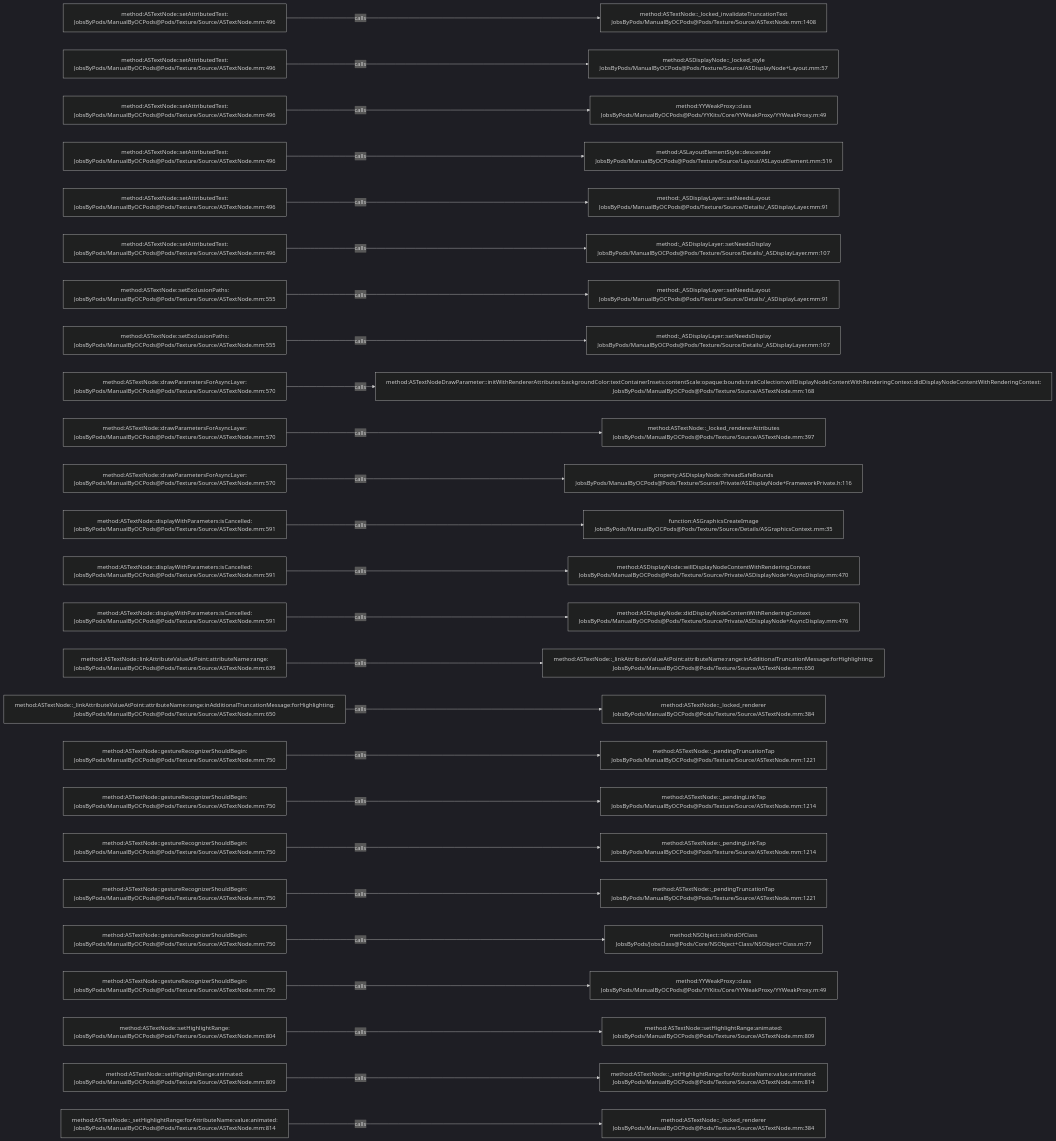
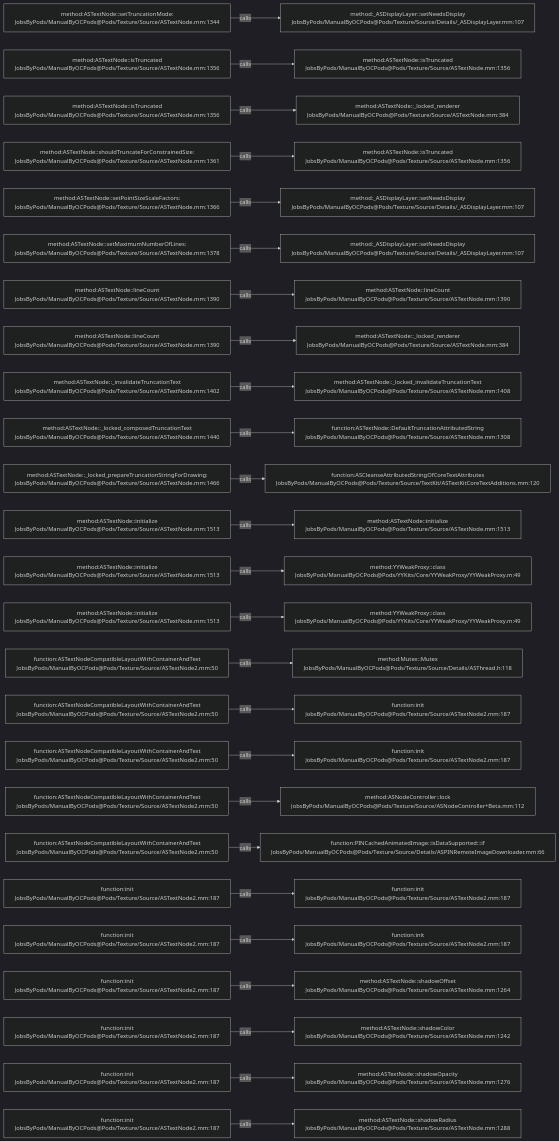
Before and after one commit to JobsKits/JobsOCBaseConfigDemo: the diagram in .codegraph/codegraph.md/graphs/calls-136.md, drawn with Mermaid (dark theme). The commit also changed 1353 other files, not shown here.

````diff
--- a/.codegraph/codegraph.md/graphs/calls-136.md
+++ b/.codegraph/codegraph.md/graphs/calls-136.md
@@ -13,78 +13,78 @@
 ```mermaid
 flowchart LR
-  S1["method:ASTextNode::setAttributedText:<br/>JobsByPods/ManualByOCPods@Pods/Texture/Source/ASTextNode.mm:496"]
-  T1["method:ASTextNode::_locked_invalidateTruncationText<br/>JobsByPods/ManualByOCPods@Pods/Texture/Source/ASTextNode.mm:1408"]
+  S1["method:ASTextNode::setTruncationMode:<br/>JobsByPods/ManualByOCPods@Pods/Texture/Source/ASTextNode.mm:1344"]
+  T1["method:_ASDisplayLayer::setNeedsDisplay<br/>JobsByPods/ManualByOCPods@Pods/Texture/Source/Details/_ASDisplayLayer.mm:107"]
   S1 -->|calls| T1
-  S2["method:ASTextNode::setAttributedText:<br/>JobsByPods/ManualByOCPods@Pods/Texture/Source/ASTextNode.mm:496"]
-  T2["method:ASDisplayNode::_locked_style<br/>JobsByPods/ManualByOCPods@Pods/Texture/Source/ASDisplayNode+Layout.mm:57"]
+  S2["method:ASTextNode::isTruncated<br/>JobsByPods/ManualByOCPods@Pods/Texture/Source/ASTextNode.mm:1356"]
+  T2["method:ASTextNode::isTruncated<br/>JobsByPods/ManualByOCPods@Pods/Texture/Source/ASTextNode.mm:1356"]
   S2 -->|calls| T2
-  S3["method:ASTextNode::setAttributedText:<br/>JobsByPods/ManualByOCPods@Pods/Texture/Source/ASTextNode.mm:496"]
-  T3["method:YYWeakProxy::class<br/>JobsByPods/ManualByOCPods@Pods/YYKits/Core/YYWeakProxy/YYWeakProxy.m:49"]
+  S3["method:ASTextNode::isTruncated<br/>JobsByPods/ManualByOCPods@Pods/Texture/Source/ASTextNode.mm:1356"]
+  T3["method:ASTextNode::_locked_renderer<br/>JobsByPods/ManualByOCPods@Pods/Texture/Source/ASTextNode.mm:384"]
   S3 -->|calls| T3
-  S4["method:ASTextNode::setAttributedText:<br/>JobsByPods/ManualByOCPods@Pods/Texture/Source/ASTextNode.mm:496"]
-  T4["method:ASLayoutElementStyle::descender<br/>JobsByPods/ManualByOCPods@Pods/Texture/Source/Layout/ASLayoutElement.mm:519"]
+  S4["method:ASTextNode::shouldTruncateForConstrainedSize:<br/>JobsByPods/ManualByOCPods@Pods/Texture/Source/ASTextNode.mm:1361"]
+  T4["method:ASTextNode::isTruncated<br/>JobsByPods/ManualByOCPods@Pods/Texture/Source/ASTextNode.mm:1356"]
   S4 -->|calls| T4
-  S5["method:ASTextNode::setAttributedText:<br/>JobsByPods/ManualByOCPods@Pods/Texture/Source/ASTextNode.mm:496"]
-  T5["method:_ASDisplayLayer::setNeedsLayout<br/>JobsByPods/ManualByOCPods@Pods/Texture/Source/Details/_ASDisplayLayer.mm:91"]
+  S5["method:ASTextNode::setPointSizeScaleFactors:<br/>JobsByPods/ManualByOCPods@Pods/Texture/Source/ASTextNode.mm:1366"]
+  T5["method:_ASDisplayLayer::setNeedsDisplay<br/>JobsByPods/ManualByOCPods@Pods/Texture/Source/Details/_ASDisplayLayer.mm:107"]
   S5 -->|calls| T5
-  S6["method:ASTextNode::setAttributedText:<br/>JobsByPods/ManualByOCPods@Pods/Texture/Source/ASTextNode.mm:496"]
+  S6["method:ASTextNode::setMaximumNumberOfLines:<br/>JobsByPods/ManualByOCPods@Pods/Texture/Source/ASTextNode.mm:1378"]
   T6["method:_ASDisplayLayer::setNeedsDisplay<br/>JobsByPods/ManualByOCPods@Pods/Texture/Source/Details/_ASDisplayLayer.mm:107"]
   S6 -->|calls| T6
-  S7["method:ASTextNode::setExclusionPaths:<br/>JobsByPods/ManualByOCPods@Pods/Texture/Source/ASTextNode.mm:555"]
-  T7["method:_ASDisplayLayer::setNeedsLayout<br/>JobsByPods/ManualByOCPods@Pods/Texture/Source/Details/_ASDisplayLayer.mm:91"]
+  S7["method:ASTextNode::lineCount<br/>JobsByPods/ManualByOCPods@Pods/Texture/Source/ASTextNode.mm:1390"]
+  T7["method:ASTextNode::lineCount<br/>JobsByPods/ManualByOCPods@Pods/Texture/Source/ASTextNode.mm:1390"]
   S7 -->|calls| T7
-  S8["method:ASTextNode::setExclusionPaths:<br/>JobsByPods/ManualByOCPods@Pods/Texture/Source/ASTextNode.mm:555"]
-  T8["method:_ASDisplayLayer::setNeedsDisplay<br/>JobsByPods/ManualByOCPods@Pods/Texture/Source/Details/_ASDisplayLayer.mm:107"]
+  S8["method:ASTextNode::lineCount<br/>JobsByPods/ManualByOCPods@Pods/Texture/Source/ASTextNode.mm:1390"]
+  T8["method:ASTextNode::_locked_renderer<br/>JobsByPods/ManualByOCPods@Pods/Texture/Source/ASTextNode.mm:384"]
   S8 -->|calls| T8
-  S9["method:ASTextNode::drawParametersForAsyncLayer:<br/>JobsByPods/ManualByOCPods@Pods/Texture/Source/ASTextNode.mm:570"]
-  T9["method:ASTextNodeDrawParameter::initWithRendererAttributes:backgroundColor:textContainerInsets:contentScale:opaque:bounds:traitCollection:willDisplayNodeContentWithRenderingContext:didDisplayNodeContentWithRenderingContext:<br/>JobsByPods/ManualByOCPods@Pods/Texture/Source/ASTextNode.mm:168"]
+  S9["method:ASTextNode::_invalidateTruncationText<br/>JobsByPods/ManualByOCPods@Pods/Texture/Source/ASTextNode.mm:1402"]
+  T9["method:ASTextNode::_locked_invalidateTruncationText<br/>JobsByPods/ManualByOCPods@Pods/Texture/Source/ASTextNode.mm:1408"]
   S9 -->|calls| T9
-  S10["method:ASTextNode::drawParametersForAsyncLayer:<br/>JobsByPods/ManualByOCPods@Pods/Texture/Source/ASTextNode.mm:570"]
-  T10["method:ASTextNode::_locked_rendererAttributes<br/>JobsByPods/ManualByOCPods@Pods/Texture/Source/ASTextNode.mm:397"]
+  S10["method:ASTextNode::_locked_composedTruncationText<br/>JobsByPods/ManualByOCPods@Pods/Texture/Source/ASTextNode.mm:1440"]
+  T10["function:ASTextNode::DefaultTruncationAttributedString<br/>JobsByPods/ManualByOCPods@Pods/Texture/Source/ASTextNode.mm:1308"]
   S10 -->|calls| T10
-  S11["method:ASTextNode::drawParametersForAsyncLayer:<br/>JobsByPods/ManualByOCPods@Pods/Texture/Source/ASTextNode.mm:570"]
-  T11["property:ASDisplayNode::threadSafeBounds<br/>JobsByPods/ManualByOCPods@Pods/Texture/Source/Private/ASDisplayNode+FrameworkPrivate.h:116"]
+  S11["method:ASTextNode::_locked_prepareTruncationStringForDrawing:<br/>JobsByPods/ManualByOCPods@Pods/Texture/Source/ASTextNode.mm:1466"]
+  T11["function:ASCleanseAttributedStringOfCoreTextAttributes<br/>JobsByPods/ManualByOCPods@Pods/Texture/Source/TextKit/ASTextKitCoreTextAdditions.mm:120"]
   S11 -->|calls| T11
-  S12["method:ASTextNode::displayWithParameters:isCancelled:<br/>JobsByPods/ManualByOCPods@Pods/Texture/Source/ASTextNode.mm:591"]
-  T12["function:ASGraphicsCreateImage<br/>JobsByPods/ManualByOCPods@Pods/Texture/Source/Details/ASGraphicsContext.mm:35"]
+  S12["method:ASTextNode::initialize<br/>JobsByPods/ManualByOCPods@Pods/Texture/Source/ASTextNode.mm:1513"]
+  T12["method:ASTextNode::initialize<br/>JobsByPods/ManualByOCPods@Pods/Texture/Source/ASTextNode.mm:1513"]
   S12 -->|calls| T12
-  S13["method:ASTextNode::displayWithParameters:isCancelled:<br/>JobsByPods/ManualByOCPods@Pods/Texture/Source/ASTextNode.mm:591"]
-  T13["method:ASDisplayNode::willDisplayNodeContentWithRenderingContext<br/>JobsByPods/ManualByOCPods@Pods/Texture/Source/Private/ASDisplayNode+AsyncDisplay.mm:470"]
+  S13["method:ASTextNode::initialize<br/>JobsByPods/ManualByOCPods@Pods/Texture/Source/ASTextNode.mm:1513"]
+  T13["method:YYWeakProxy::class<br/>JobsByPods/ManualByOCPods@Pods/YYKits/Core/YYWeakProxy/YYWeakProxy.m:49"]
   S13 -->|calls| T13
-  S14["method:ASTextNode::displayWithParameters:isCancelled:<br/>JobsByPods/ManualByOCPods@Pods/Texture/Source/ASTextNode.mm:591"]
-  T14["method:ASDisplayNode::didDisplayNodeContentWithRenderingContext<br/>JobsByPods/ManualByOCPods@Pods/Texture/Source/Private/ASDisplayNode+AsyncDisplay.mm:476"]
+  S14["method:ASTextNode::initialize<br/>JobsByPods/ManualByOCPods@Pods/Texture/Source/ASTextNode.mm:1513"]
+  T14["method:YYWeakProxy::class<br/>JobsByPods/ManualByOCPods@Pods/YYKits/Core/YYWeakProxy/YYWeakProxy.m:49"]
   S14 -->|calls| T14
-  S15["method:ASTextNode::linkAttributeValueAtPoint:attributeName:range:<br/>JobsByPods/ManualByOCPods@Pods/Texture/Source/ASTextNode.mm:639"]
-  T15["method:ASTextNode::_linkAttributeValueAtPoint:attributeName:range:inAdditionalTruncationMessage:forHighlighting:<br/>JobsByPods/ManualByOCPods@Pods/Texture/Source/ASTextNode.mm:650"]
+  S15["function:ASTextNodeCompatibleLayoutWithContainerAndText<br/>JobsByPods/ManualByOCPods@Pods/Texture/Source/ASTextNode2.mm:50"]
+  T15["method:Mutex::Mutex<br/>JobsByPods/ManualByOCPods@Pods/Texture/Source/Details/ASThread.h:118"]
   S15 -->|calls| T15
-  S16["method:ASTextNode::_linkAttributeValueAtPoint:attributeName:range:inAdditionalTruncationMessage:forHighlighting:<br/>JobsByPods/ManualByOCPods@Pods/Texture/Source/ASTextNode.mm:650"]
-  T16["method:ASTextNode::_locked_renderer<br/>JobsByPods/ManualByOCPods@Pods/Texture/Source/ASTextNode.mm:384"]
+  S16["function:ASTextNodeCompatibleLayoutWithContainerAndText<br/>JobsByPods/ManualByOCPods@Pods/Texture/Source/ASTextNode2.mm:50"]
+  T16["function:init<br/>JobsByPods/ManualByOCPods@Pods/Texture/Source/ASTextNode2.mm:187"]
   S16 -->|calls| T16
-  S17["method:ASTextNode::gestureRecognizerShouldBegin:<br/>JobsByPods/ManualByOCPods@Pods/Texture/Source/ASTextNode.mm:750"]
-  T17["method:ASTextNode::_pendingTruncationTap<br/>JobsByPods/ManualByOCPods@Pods/Texture/Source/ASTextNode.mm:1221"]
+  S17["function:ASTextNodeCompatibleLayoutWithContainerAndText<br/>JobsByPods/ManualByOCPods@Pods/Texture/Source/ASTextNode2.mm:50"]
+  T17["function:init<br/>JobsByPods/ManualByOCPods@Pods/Texture/Source/ASTextNode2.mm:187"]
   S17 -->|calls| T17
-  S18["method:ASTextNode::gestureRecognizerShouldBegin:<br/>JobsByPods/ManualByOCPods@Pods/Texture/Source/ASTextNode.mm:750"]
-  T18["method:ASTextNode::_pendingLinkTap<br/>JobsByPods/ManualByOCPods@Pods/Texture/Source/ASTextNode.mm:1214"]
+  S18["function:ASTextNodeCompatibleLayoutWithContainerAndText<br/>JobsByPods/ManualByOCPods@Pods/Texture/Source/ASTextNode2.mm:50"]
+  T18["method:ASNodeController::lock<br/>JobsByPods/ManualByOCPods@Pods/Texture/Source/ASNodeController+Beta.mm:112"]
   S18 -->|calls| T18
-  S19["method:ASTextNode::gestureRecognizerShouldBegin:<br/>JobsByPods/ManualByOCPods@Pods/Texture/Source/ASTextNode.mm:750"]
-  T19["method:ASTextNode::_pendingLinkTap<br/>JobsByPods/ManualByOCPods@Pods/Texture/Source/ASTextNode.mm:1214"]
+  S19["function:ASTextNodeCompatibleLayoutWithContainerAndText<br/>JobsByPods/ManualByOCPods@Pods/Texture/Source/ASTextNode2.mm:50"]
+  T19["function:PINCachedAnimatedImage::isDataSupported:::if<br/>JobsByPods/ManualByOCPods@Pods/Texture/Source/Details/ASPINRemoteImageDownloader.mm:66"]
   S19 -->|calls| T19
-  S20["method:ASTextNode::gestureRecognizerShouldBegin:<br/>JobsByPods/ManualByOCPods@Pods/Texture/Source/ASTextNode.mm:750"]
-  T20["method:ASTextNode::_pendingTruncationTap<br/>JobsByPods/ManualByOCPods@Pods/Texture/Source/ASTextNode.mm:1221"]
+  S20["function:init<br/>JobsByPods/ManualByOCPods@Pods/Texture/Source/ASTextNode2.mm:187"]
+  T20["function:init<br/>JobsByPods/ManualByOCPods@Pods/Texture/Source/ASTextNode2.mm:187"]
   S20 -->|calls| T20
-  S21["method:ASTextNode::gestureRecognizerShouldBegin:<br/>JobsByPods/ManualByOCPods@Pods/Texture/Source/ASTextNode.mm:750"]
-  T21["method:NSObject::isKindOfClass<br/>JobsByPods/JobsClass@Pods/Core/NSObject+Class/NSObject+Class.m:77"]
+  S21["function:init<br/>JobsByPods/ManualByOCPods@Pods/Texture/Source/ASTextNode2.mm:187"]
+  T21["function:init<br/>JobsByPods/ManualByOCPods@Pods/Texture/Source/ASTextNode2.mm:187"]
   S21 -->|calls| T21
-  S22["method:ASTextNode::gestureRecognizerShouldBegin:<br/>JobsByPods/ManualByOCPods@Pods/Texture/Source/ASTextNode.mm:750"]
-  T22["method:YYWeakProxy::class<br/>JobsByPods/ManualByOCPods@Pods/YYKits/Core/YYWeakProxy/YYWeakProxy.m:49"]
+  S22["function:init<br/>JobsByPods/ManualByOCPods@Pods/Texture/Source/ASTextNode2.mm:187"]
+  T22["method:ASTextNode::shadowOffset<br/>JobsByPods/ManualByOCPods@Pods/Texture/Source/ASTextNode.mm:1264"]
   S22 -->|calls| T22
-  S23["method:ASTextNode::setHighlightRange:<br/>JobsByPods/ManualByOCPods@Pods/Texture/Source/ASTextNode.mm:804"]
-  T23["method:ASTextNode::setHighlightRange:animated:<br/>JobsByPods/ManualByOCPods@Pods/Texture/Source/ASTextNode.mm:809"]
+  S23["function:init<br/>JobsByPods/ManualByOCPods@Pods/Texture/Source/ASTextNode2.mm:187"]
+  T23["method:ASTextNode::shadowColor<br/>JobsByPods/ManualByOCPods@Pods/Texture/Source/ASTextNode.mm:1242"]
   S23 -->|calls| T23
-  S24["method:ASTextNode::setHighlightRange:animated:<br/>JobsByPods/ManualByOCPods@Pods/Texture/Source/ASTextNode.mm:809"]
-  T24["method:ASTextNode::_setHighlightRange:forAttributeName:value:animated:<br/>JobsByPods/ManualByOCPods@Pods/Texture/Source/ASTextNode.mm:814"]
+  S24["function:init<br/>JobsByPods/ManualByOCPods@Pods/Texture/Source/ASTextNode2.mm:187"]
+  T24["method:ASTextNode::shadowOpacity<br/>JobsByPods/ManualByOCPods@Pods/Texture/Source/ASTextNode.mm:1276"]
   S24 -->|calls| T24
-  S25["method:ASTextNode::_setHighlightRange:forAttributeName:value:animated:<br/>JobsByPods/ManualByOCPods@Pods/Texture/Source/ASTextNode.mm:814"]
-  T25["method:ASTextNode::_locked_renderer<br/>JobsByPods/ManualByOCPods@Pods/Texture/Source/ASTextNode.mm:384"]
+  S25["function:init<br/>JobsByPods/ManualByOCPods@Pods/Texture/Source/ASTextNode2.mm:187"]
+  T25["method:ASTextNode::shadowRadius<br/>JobsByPods/ManualByOCPods@Pods/Texture/Source/ASTextNode.mm:1288"]
   S25 -->|calls| T25
 ```
````
